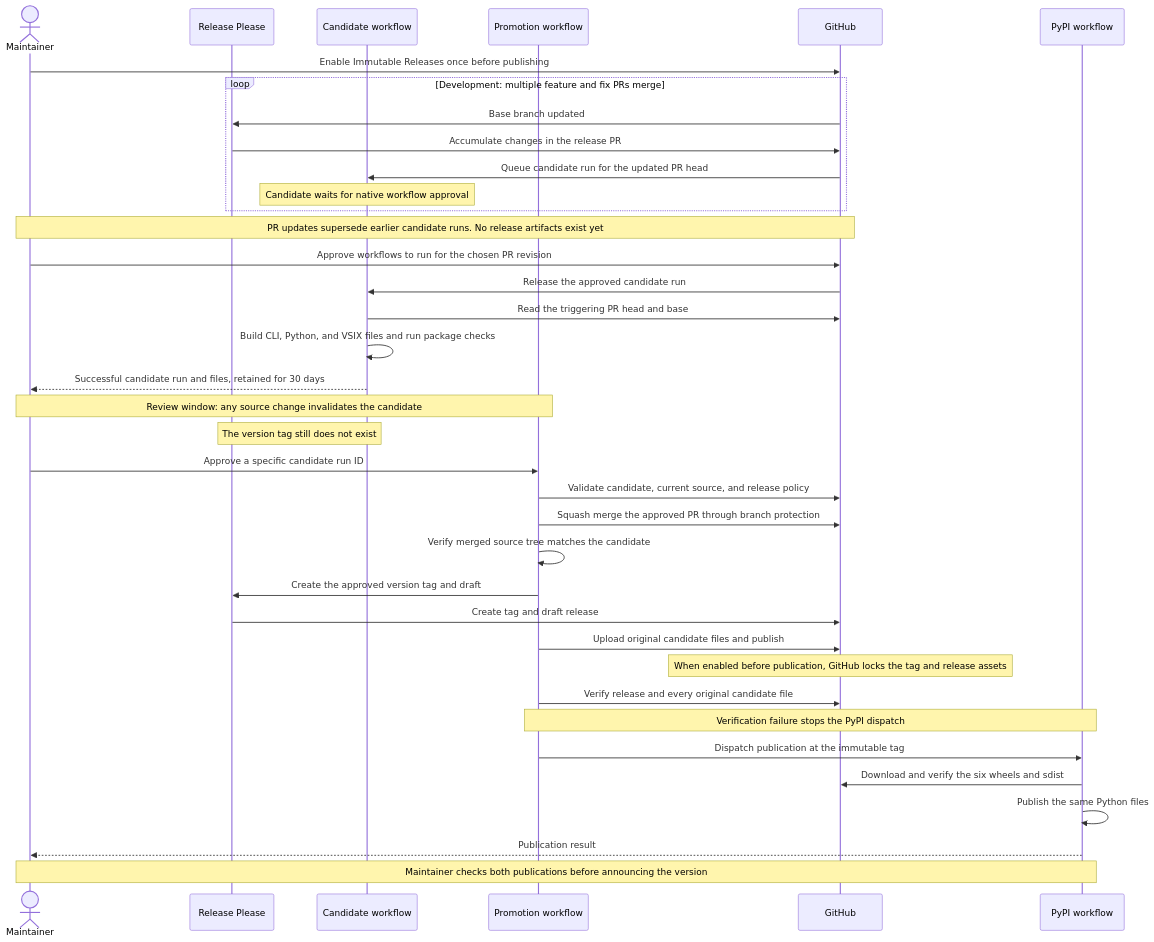
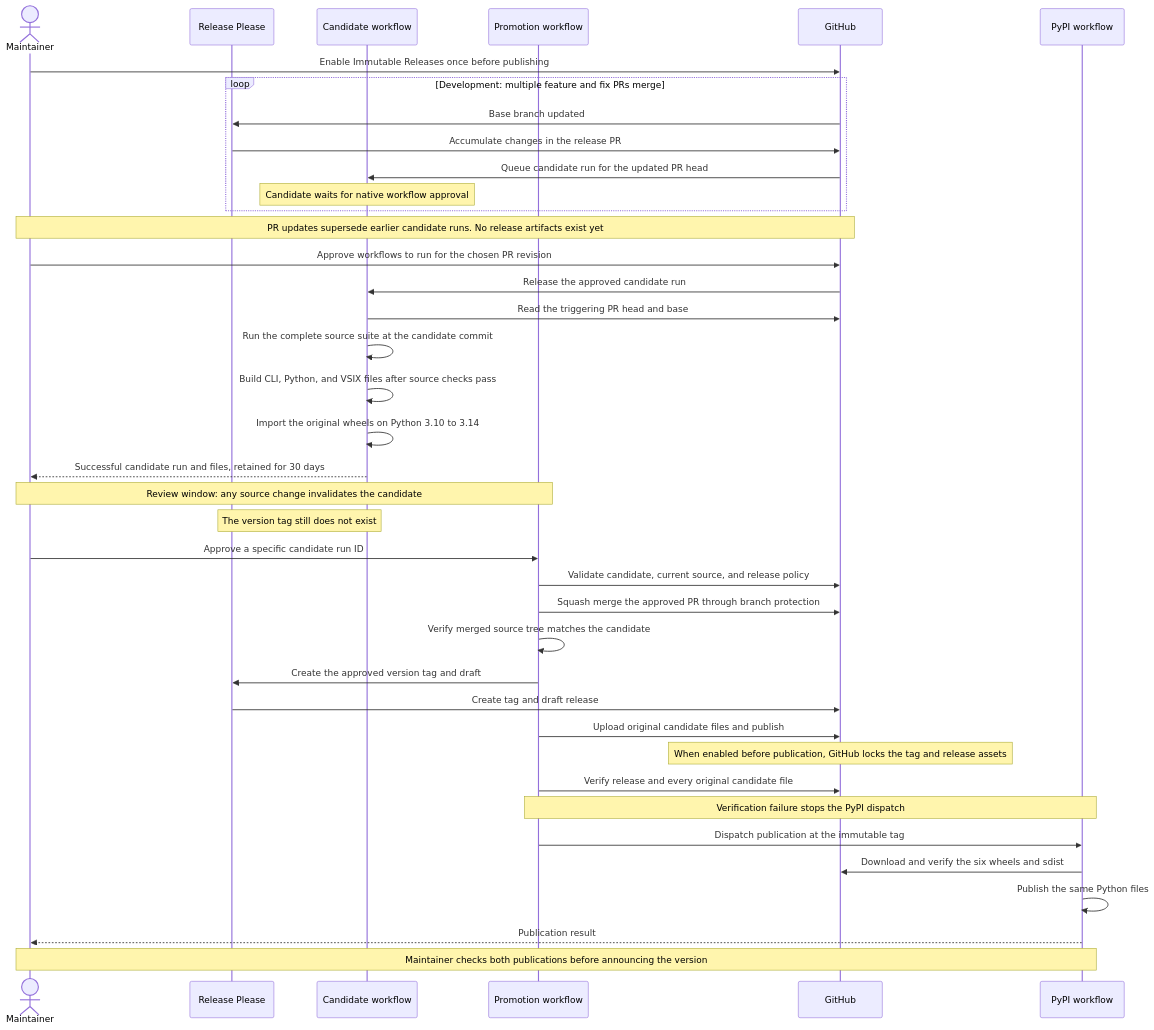
Before and after one commit to NatLabRockies/arco: the first of 2 diagrams in RELEASE_POLICY.md, drawn with Mermaid. The commit also changed other lines of this file and 8 other files, not shown here.

Commit message:
refactor(ci): gate candidates on shared source checks

````diff
--- a/RELEASE_POLICY.md
+++ b/RELEASE_POLICY.md
@@ -40,43 +40,45 @@
 ```mermaid
 sequenceDiagram
     actor M as Maintainer
     participant RP as Release Please
     participant B as Candidate workflow
     participant P as Promotion workflow
     participant GH as GitHub
     participant PY as PyPI workflow
 
     M->>GH: Enable Immutable Releases once before publishing
     loop Development: multiple feature and fix PRs merge
         GH->>RP: Base branch updated
         RP->>GH: Accumulate changes in the release PR
         GH->>B: Queue candidate run for the updated PR head
         Note over B: Candidate waits for native workflow approval
     end
     Note over M,GH: PR updates supersede earlier candidate runs. No release artifacts exist yet
 
     M->>GH: Approve workflows to run for the chosen PR revision
     GH->>B: Release the approved candidate run
     B->>GH: Read the triggering PR head and base
-    B->>B: Build CLI, Python, and VSIX files and run package checks
+    B->>B: Run the complete source suite at the candidate commit
+    B->>B: Build CLI, Python, and VSIX files after source checks pass
+    B->>B: Import the original wheels on Python 3.10 to 3.14
     B-->>M: Successful candidate run and files, retained for 30 days
     Note over M,P: Review window: any source change invalidates the candidate
     Note over RP,B: The version tag still does not exist
 
     M->>P: Approve a specific candidate run ID
     P->>GH: Validate candidate, current source, and release policy
     P->>GH: Squash merge the approved PR through branch protection
     P->>P: Verify merged source tree matches the candidate
     P->>RP: Create the approved version tag and draft
     RP->>GH: Create tag and draft release
     P->>GH: Upload original candidate files and publish
     Note over GH: When enabled before publication, GitHub locks the tag and release assets
     P->>GH: Verify release and every original candidate file
     Note over P,PY: Verification failure stops the PyPI dispatch
 
     P->>PY: Dispatch publication at the immutable tag
     PY->>GH: Download and verify the six wheels and sdist
     PY->>PY: Publish the same Python files
     PY-->>M: Publication result
     Note over M,PY: Maintainer checks both publications before announcing the version
 ```
````
